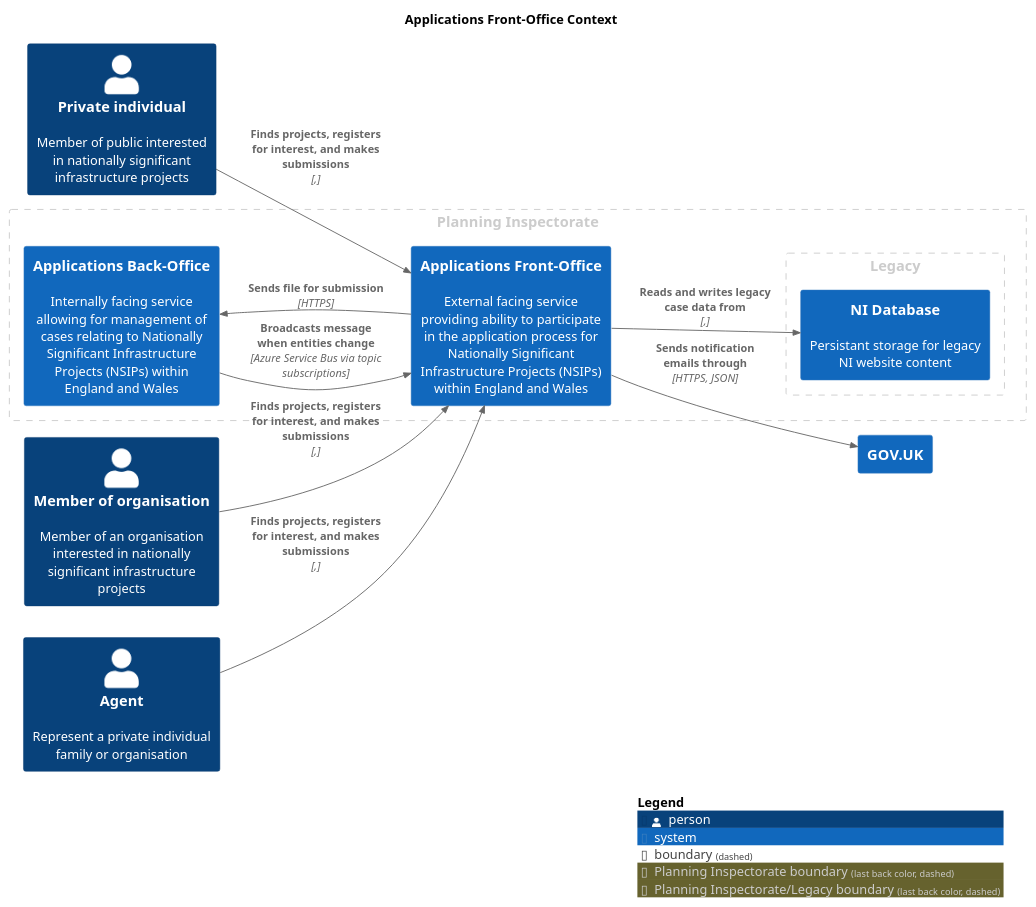
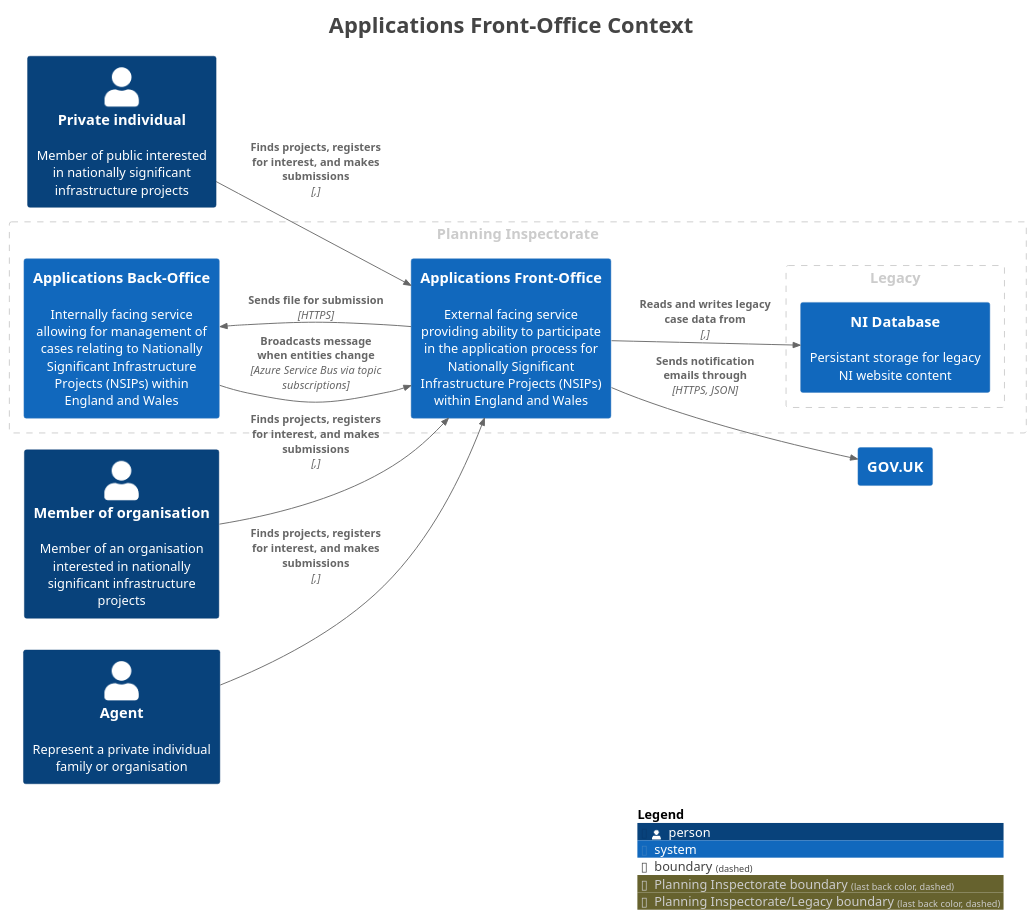
Before and after one commit to Planning-Inspectorate/applications-service: the diagram in master/puml/ApplicationsFOContext.puml, drawn with PlantUML. The commit also changed 64 other files, not shown here.

```diff
--- a/master/puml/ApplicationsFOContext.puml
+++ b/master/puml/ApplicationsFOContext.puml
@@ -1,35 +1,43 @@
 @startuml
+title <size:24>Applications Front-Office Context</size>
+
 set separator none
-title Applications Front-Office Context
+left to right direction
 
-left to right direction
+<style>
+  root {
+    BackgroundColor: #ffffff
+    FontColor: #444444
+  }
+</style>
 
 !include <C4/C4>
 !include <C4/C4_Context>
 
 AddBoundaryTag("Planning Inspectorate", $borderColor="#cccccc", $fontColor="#cccccc", $borderStyle="dashed")
 Boundary(group_1, "Planning Inspectorate", $tags="Planning Inspectorate") {
   System(ApplicationsBackOffice, "Applications Back-Office", $descr="Internally facing service allowing for management of cases relating to Nationally Significant Infrastructure Projects (NSIPs) within England and Wales", $tags="", $link="")
   System(ApplicationsFrontOffice, "Applications Front-Office", $descr="External facing service providing ability to participate in the application process for Nationally Significant Infrastructure Projects (NSIPs) within England and Wales", $tags="", $link="")
     AddBoundaryTag("Planning Inspectorate/Legacy", $borderColor="#cccccc", $fontColor="#cccccc", $borderStyle="dashed")
     Boundary(group_2, "Legacy", $tags="Planning Inspectorate/Legacy") {
       System(NIDatabase, "NI Database", $descr="Persistant storage for legacy NI website content", $tags="", $link="")
     }
 
 }
 
 Person(Privateindividual, "Private individual", $descr="Member of public interested in nationally significant infrastructure projects", $tags="", $link="")
 Person(Memberoforganisation, "Member of organisation", $descr="Member of an organisation interested in nationally significant infrastructure projects", $tags="", $link="")
 Person(Agent, "Agent", $descr="Represent a private individual family or organisation", $tags="", $link="")
 System(GOVUK, "GOV.UK", $descr="", $tags="", $link="")
 
 Rel(ApplicationsFrontOffice, ApplicationsBackOffice, "Sends file for submission", $techn="HTTPS", $tags="", $link="")
 Rel(Privateindividual, ApplicationsFrontOffice, "Finds projects, registers for interest, and makes submissions", $techn=",", $tags="", $link="")
 Rel(Memberoforganisation, ApplicationsFrontOffice, "Finds projects, registers for interest, and makes submissions", $techn=",", $tags="", $link="")
 Rel(Agent, ApplicationsFrontOffice, "Finds projects, registers for interest, and makes submissions", $techn=",", $tags="", $link="")
 Rel(ApplicationsBackOffice, ApplicationsFrontOffice, "Broadcasts message when entities change", $techn="Azure Service Bus via topic subscriptions", $tags="", $link="")
 Rel(ApplicationsFrontOffice, GOVUK, "Sends notification emails through", $techn="HTTPS, JSON", $tags="", $link="")
 Rel(ApplicationsFrontOffice, NIDatabase, "Reads and writes legacy case data from", $techn=",", $tags="", $link="")
 
 SHOW_LEGEND(true)
+hide stereotypes
 @enduml
```
